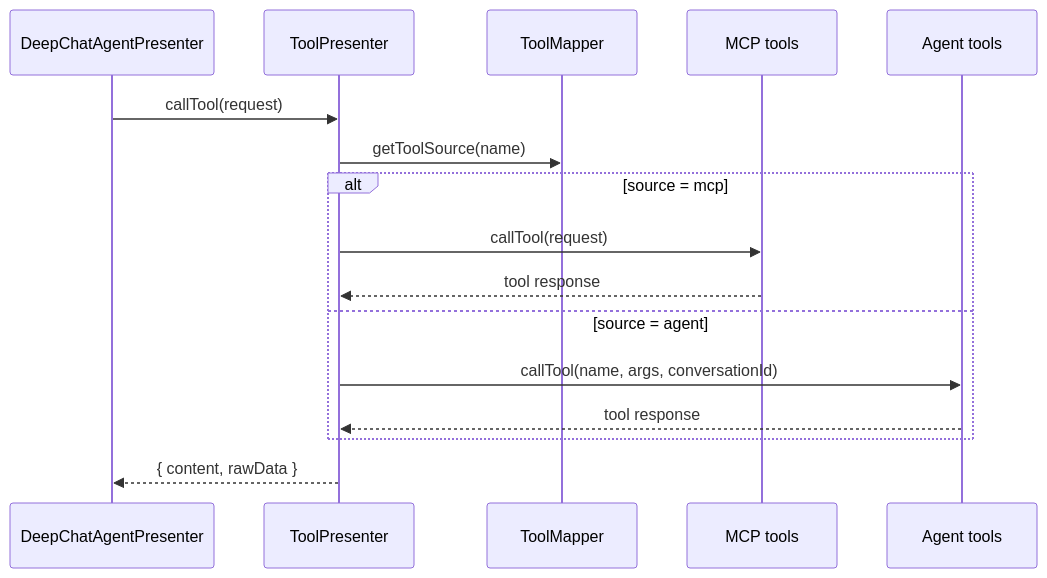
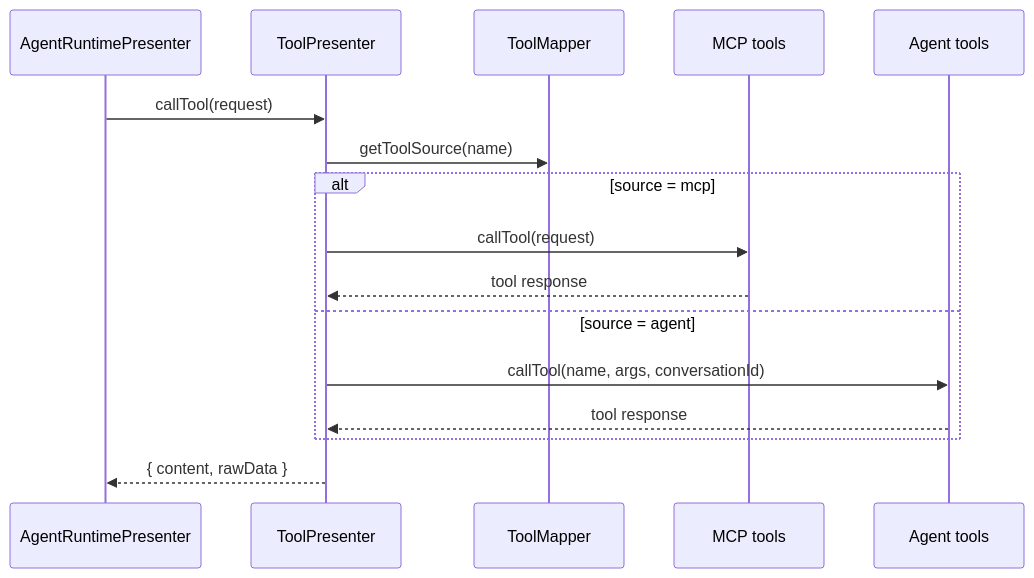
Before and after one commit to ThinkInAIXYZ/deepchat: the second of 2 diagrams in docs/architecture/tool-system.md, drawn with Mermaid. The commit also changed other lines of this file and 139 other files, not shown here.

Commit message:
refactor(presenter): rename agent presenters

````diff
--- a/docs/architecture/tool-system.md
+++ b/docs/architecture/tool-system.md
@@ -45,21 +45,21 @@
 ```mermaid
 sequenceDiagram
-    participant D as DeepChatAgentPresenter
+    participant D as AgentRuntimePresenter
     participant T as ToolPresenter
     participant Map as ToolMapper
     participant M as MCP tools
     participant A as Agent tools
 
     D->>T: callTool(request)
     T->>Map: getToolSource(name)
 
     alt source = mcp
         T->>M: callTool(request)
         M-->>T: tool response
     else source = agent
         T->>A: callTool(name, args, conversationId)
         A-->>T: tool response
     end
 
     T-->>D: { content, rawData }
 ```
````
